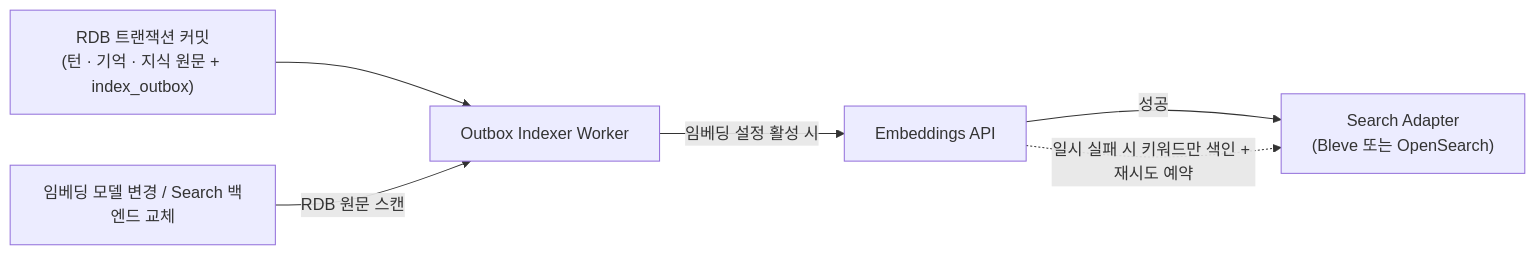
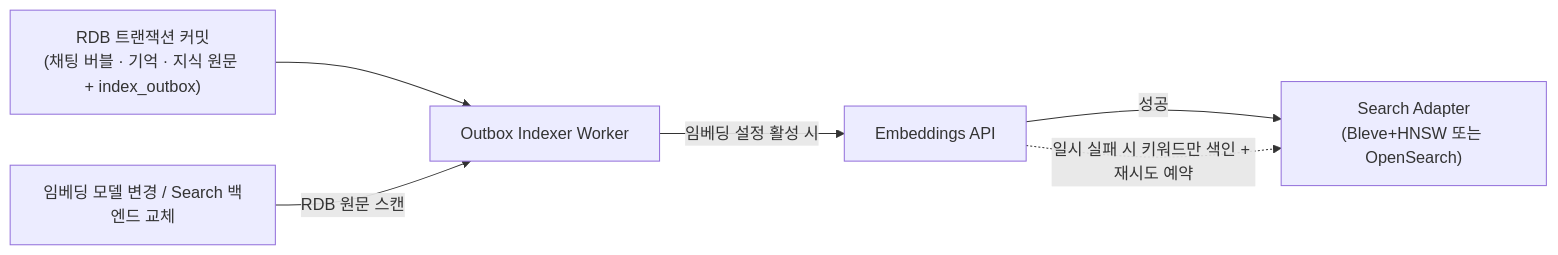
The third of 3 diagrams in docs/blueprint.md (snowmerak/q), drawn with Mermaid before and after one commit. The commit also changed other lines of this file and 2 other files, not shown here.

Commit message:
docs(v2): record decisions on single-instance, Bleve+HNSW, chat bubbles, MCP/browser, and approval gate

````diff
--- a/docs/blueprint.md
+++ b/docs/blueprint.md
@@ -182,8 +202,8 @@
 ```mermaid
 flowchart LR
-    Commit["RDB 트랜잭션 커밋<br/>(턴 · 기억 · 지식 원문 + index_outbox)"] --> Worker["Outbox Indexer Worker"]
+    Commit["RDB 트랜잭션 커밋<br/>(채팅 버블 · 기억 · 지식 원문 + index_outbox)"] --> Worker["Outbox Indexer Worker"]
     Worker -->|"임베딩 설정 활성 시"| Emb["Embeddings API"]
-    Emb -->|"성공"| Adapter["Search Adapter<br/>(Bleve 또는 OpenSearch)"]
+    Emb -->|"성공"| Adapter["Search Adapter<br/>(Bleve+HNSW 또는 OpenSearch)"]
     Emb -.->|"일시 실패 시 키워드만 색인 + 재시도 예약"| Adapter
     Reindex["임베딩 모델 변경 / Search 백엔드 교체"] -->|"RDB 원문 스캔"| Worker
 ```
````
